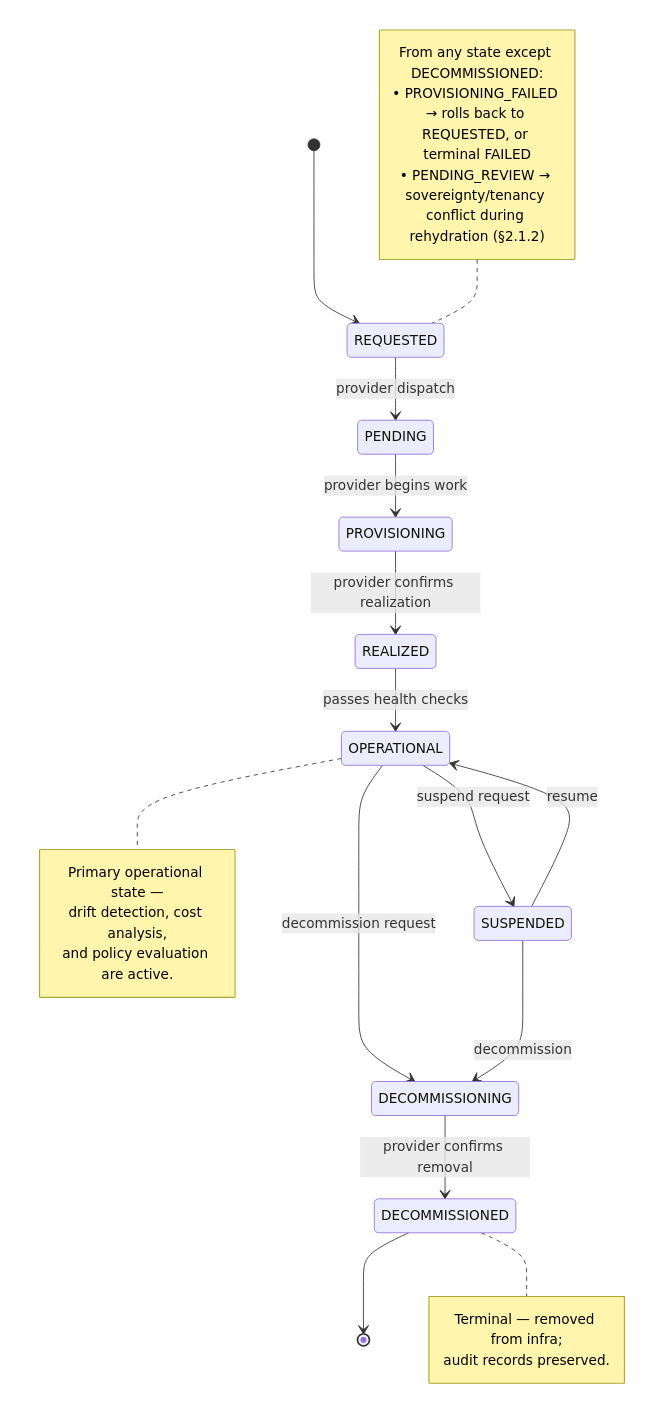
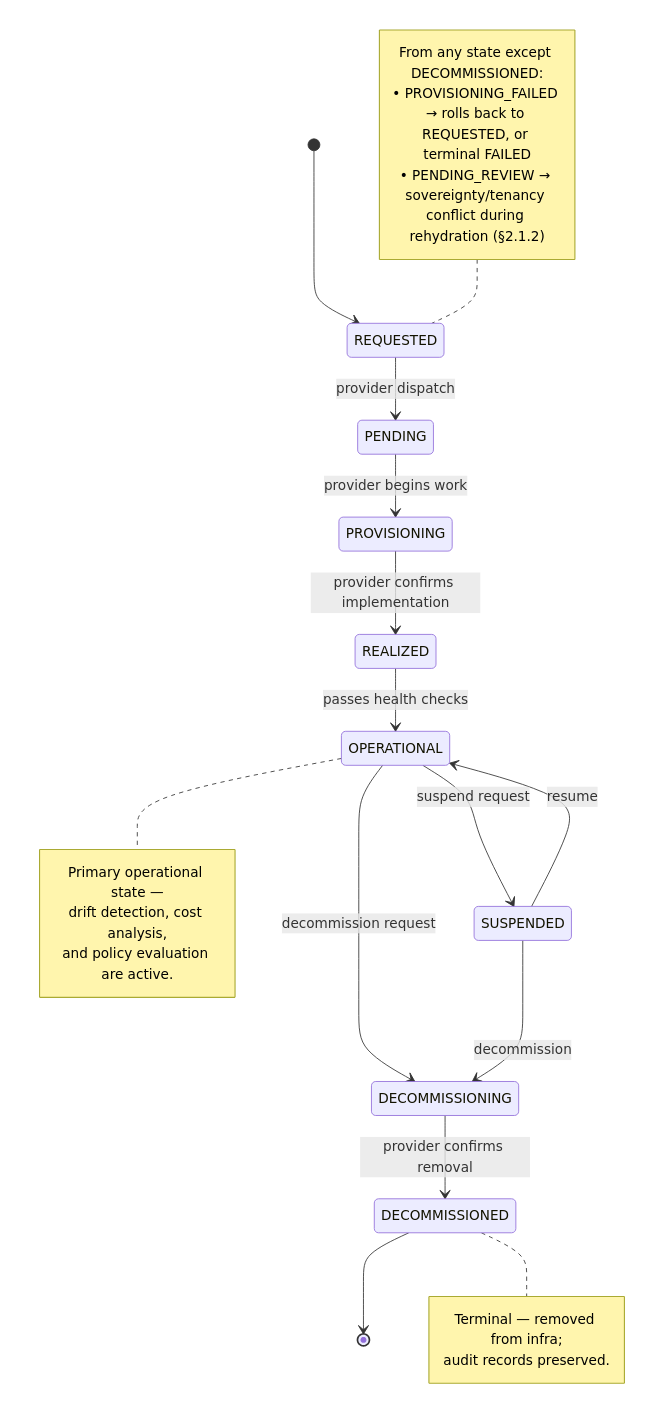
Before and after one commit to croadfeldt/udlm: the diagram in foundations/entity-types.md, drawn with Mermaid. The commit also changed other lines of this file and 163 other files, not shown here.

First line of the commit message:
refactor(naming): rename 'realization' (system sense) → 'implementation' (ADR-056)

````diff
--- a/foundations/entity-types.md
+++ b/foundations/entity-types.md
@@ -67,29 +67,29 @@
 ```mermaid
 stateDiagram-v2
     [*] --> REQUESTED
     REQUESTED --> PENDING: provider dispatch
     PENDING --> PROVISIONING: provider begins work
-    PROVISIONING --> REALIZED: provider confirms realization
+    PROVISIONING --> REALIZED: provider confirms implementation
     REALIZED --> OPERATIONAL: passes health checks
     OPERATIONAL --> SUSPENDED: suspend request
     SUSPENDED --> OPERATIONAL: resume
     OPERATIONAL --> DECOMMISSIONING: decommission request
     SUSPENDED --> DECOMMISSIONING: decommission
     DECOMMISSIONING --> DECOMMISSIONED: provider confirms removal
     DECOMMISSIONED --> [*]
 
     note right of OPERATIONAL
         Primary operational state —
         drift detection, cost analysis,
         and policy evaluation are active.
     end note
     note right of DECOMMISSIONED
         Terminal — removed from infra;
         audit records preserved.
     end note
     note left of REQUESTED
         From any state except DECOMMISSIONED:
         • PROVISIONING_FAILED → rolls back to REQUESTED, or terminal FAILED
         • PENDING_REVIEW → sovereignty/tenancy conflict during rehydration (§2.1.2)
     end note
 ```
````
